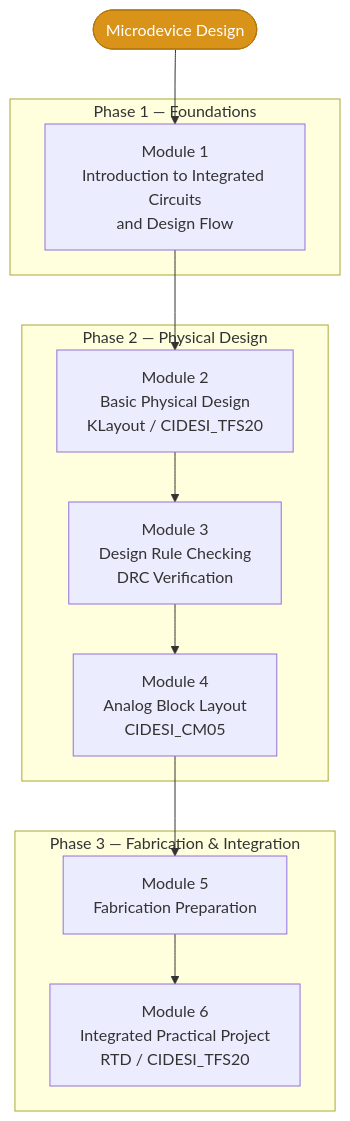
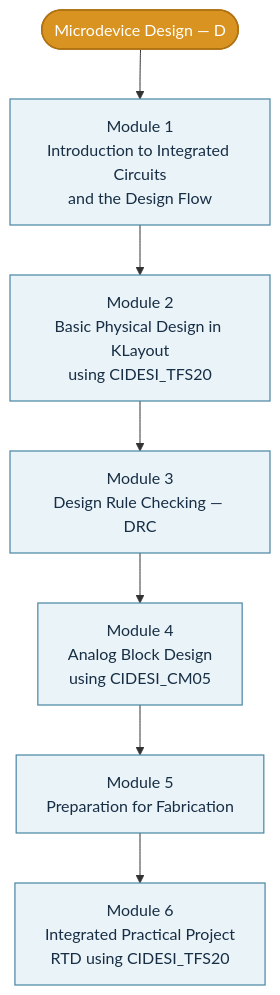
The second of 2 diagrams in README.md (CeicGitHub/CIDESI_BChips_2026), drawn with Mermaid before and after one commit. The commit also changed other lines of this file and 5 other files, not shown here.

````diff
--- a/README.md
+++ b/README.md
@@ -33,23 +107,17 @@
 ```mermaid
 flowchart TD
-    START(["Microdevice Design"])
-
-    subgraph FOUNDATION["Phase 1 — Foundations"]
-        M1["Module 1<br/>Introduction to Integrated Circuits<br/>and Design Flow"]
-    end
-
-    subgraph LAYOUT["Phase 2 — Physical Design"]
-        M2["Module 2<br/>Basic Physical Design<br/>KLayout / CIDESI_TFS20"]
-        M3["Module 3<br/>Design Rule Checking<br/>DRC Verification"]
-        M4["Module 4<br/>Analog Block Layout<br/>CIDESI_CM05"]
-    end
-
-    subgraph FAB["Phase 3 — Fabrication & Integration"]
-        M5["Module 5<br/>Fabrication Preparation"]
-        M6["Module 6<br/>Integrated Practical Project<br/>RTD / CIDESI_TFS20"]
-    end
+    START(["Microdevice Design — D"])
+    M1["Module 1<br/>Introduction to Integrated Circuits<br/>and the Design Flow"]
+    M2["Module 2<br/>Basic Physical Design in KLayout<br/>using CIDESI_TFS20"]
+    M3["Module 3<br/>Design Rule Checking — DRC"]
+    M4["Module 4<br/>Analog Block Design<br/>using CIDESI_CM05"]
+    M5["Module 5<br/>Preparation for Fabrication"]
+    M6["Module 6<br/>Integrated Practical Project<br/>RTD using CIDESI_TFS20"]
 
     START --> M1 --> M2 --> M3 --> M4 --> M5 --> M6
 
-    style START fill:#D99319,color:#fff,stroke:#B2760A
+    classDef entry fill:#D99320,color:#ffffff,stroke:#AF7112,stroke-width:1.5px;
+    classDef module fill:#EAF3F7,color:#172E45,stroke:#4985A4,stroke-width:1.2px;
+    class START entry;
+    class M1,M2,M3,M4,M5,M6 module;
 ```
````
